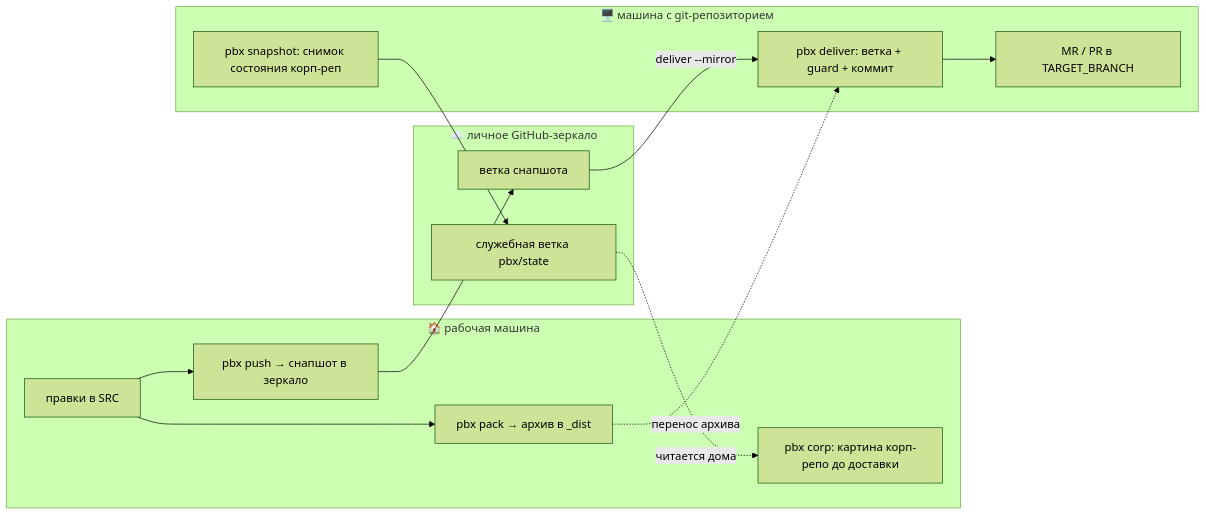
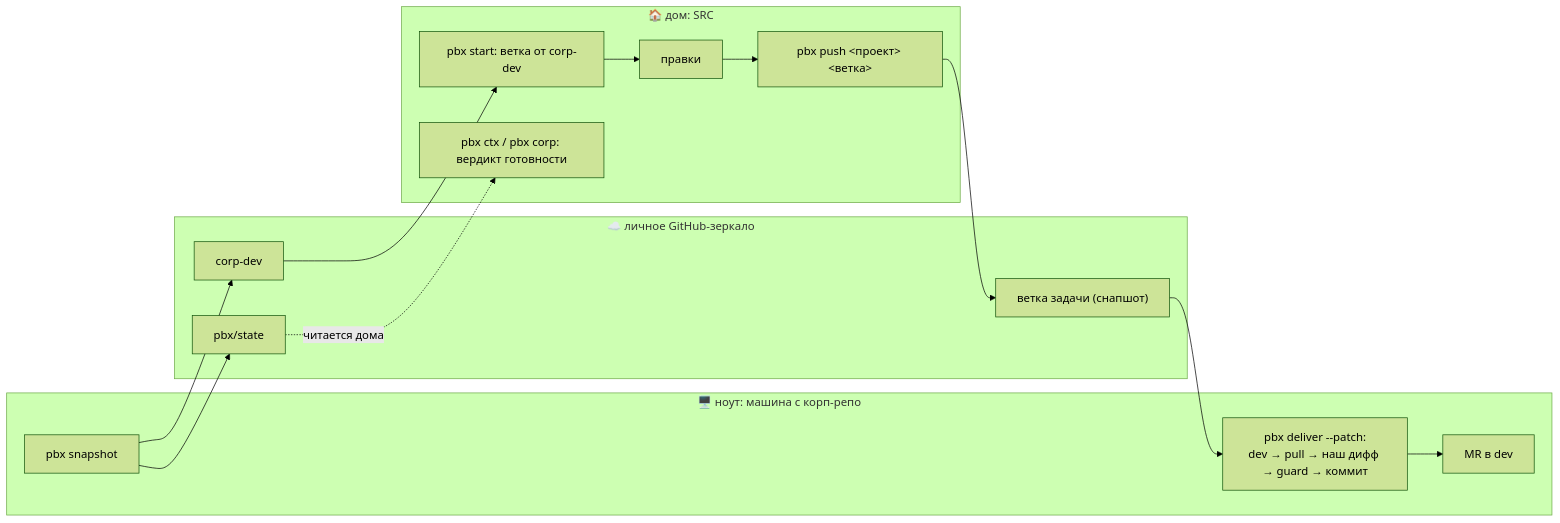
The diagram in README.md (dkurokhtin/pbx), drawn with Mermaid (forest theme) before and after one commit. The commit also changed other lines of this file and 1 other file, not shown here.

Commit message:
docs: штатный поток через зеркало (snapshot → start → push → deliver --patch); архив и --mirror — запасные

````diff
--- a/README.md
+++ b/README.md
@@ -29,21 +34,22 @@
 ```mermaid
 flowchart LR
-    subgraph home["🏠 рабочая машина"]
-        edit["правки в SRC"] --> pack["pbx pack → архив в _dist"]
-        edit --> push["pbx push → снапшот в зеркало"]
-        corp["pbx corp: картина корп-репо до доставки"]
+    subgraph host["🖥️ ноут: машина с корп-репо"]
+        snap["pbx snapshot"]
+        deliver["pbx deliver --patch:<br/>dev → pull → наш дифф → guard → коммит"] --> mr["MR в dev"]
     end
     subgraph mirror["☁️ личное GitHub-зеркало"]
-        mbr["ветка снапшота"]
-        mst["служебная ветка pbx/state"]
+        cdev["corp-dev"]
+        mst["pbx/state"]
+        mbr["ветка задачи (снапшот)"]
     end
-    subgraph host["🖥️ машина с git-репозиторием"]
-        deliver["pbx deliver: ветка + guard + коммит"] --> mr["MR / PR в TARGET_BRANCH"]
-        snap["pbx snapshot: снимок состояния корп-реп"]
+    subgraph home["🏠 дом: SRC"]
+        start["pbx start: ветка от corp-dev"] --> edit["правки"] --> push["pbx push &lt;проект&gt; &lt;ветка&gt;"]
+        ctx["pbx ctx / pbx corp: вердикт готовности"]
     end
-    pack -.->|"перенос архива"| deliver
+    snap --> cdev
+    snap --> mst
+    cdev --> start
+    mst -.->|"читается дома"| ctx
     push --> mbr
-    mbr -->|"deliver --mirror"| deliver
-    snap --> mst
-    mst -.->|"читается дома"| corp
+    mbr --> deliver
 ```
````
